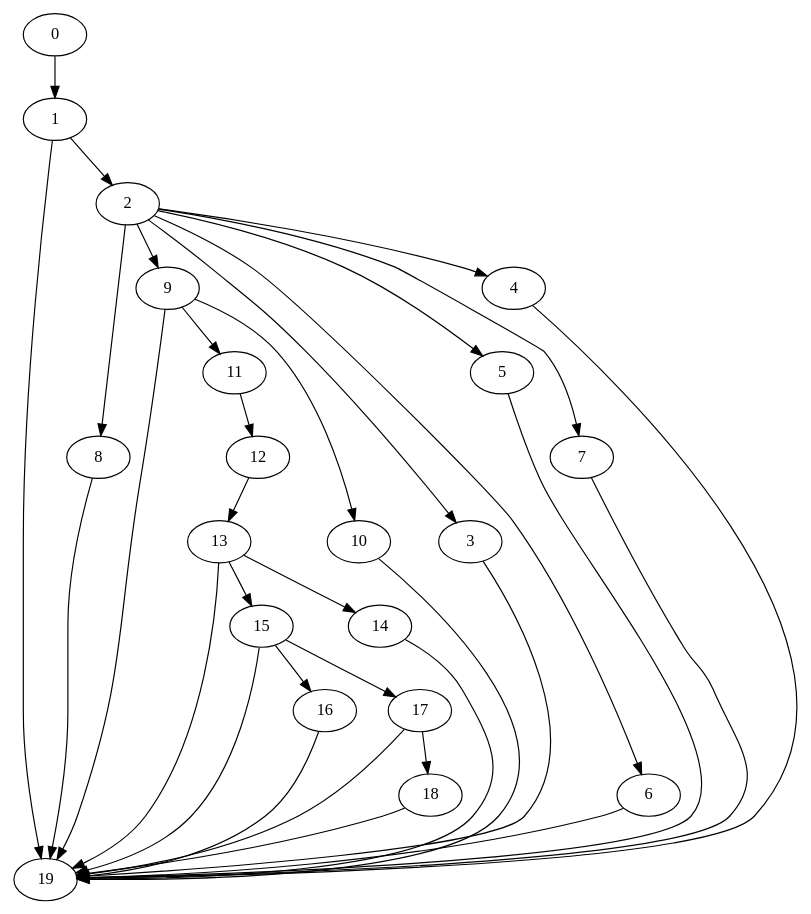
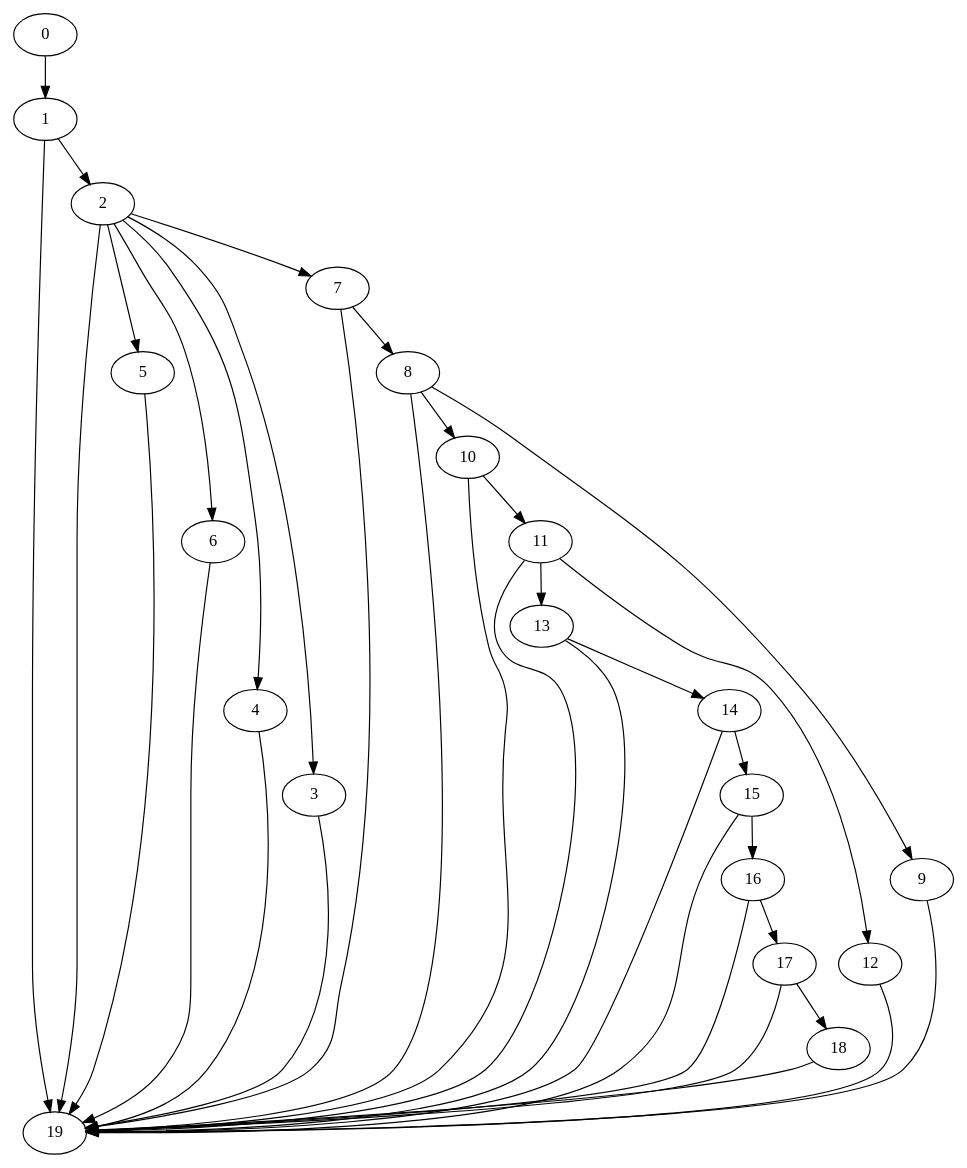
The diagram in simulator/nwsim/draw.dot (hfscheid/ktopology), drawn with Graphviz before and after one commit. The commit also changed 24 other files, not shown here.

```diff
--- a/simulator/nwsim/draw.dot
+++ b/simulator/nwsim/draw.dot
@@ -1,110 +1,116 @@
 strict digraph {
 
 
-	"8" [  weight=0 ];
+	"19" [  weight=0 ];
 
-	"8" -> "19" [  weight=0 ];
+	"5" [  weight=0 ];
 
-	"9" [  weight=0 ];
+	"5" -> "19" [  weight=0 ];
 
-	"9" -> "11" [  weight=0 ];
+	"6" [  weight=0 ];
 
-	"9" -> "19" [  weight=0 ];
+	"6" -> "19" [  weight=0 ];
 
-	"9" -> "10" [  weight=0 ];
+	"4" [  weight=0 ];
 
-	"16" [  weight=0 ];
+	"4" -> "19" [  weight=0 ];
 
-	"16" -> "19" [  weight=0 ];
+	"14" [  weight=0 ];
 
-	"1" [  weight=0 ];
+	"14" -> "15" [  weight=0 ];
 
-	"1" -> "2" [  weight=0 ];
-
-	"1" -> "19" [  weight=0 ];
+	"14" -> "19" [  weight=0 ];
 
 	"3" [  weight=0 ];
 
 	"3" -> "19" [  weight=0 ];
 
-	"6" [  weight=0 ];
+	"16" [  weight=0 ];
 
-	"6" -> "19" [  weight=0 ];
+	"16" -> "17" [  weight=0 ];
 
-	"0" [  weight=0 ];
-
-	"0" -> "1" [  weight=0 ];
-
-	"5" [  weight=0 ];
-
-	"5" -> "19" [  weight=0 ];
-
-	"15" [  weight=0 ];
-
-	"15" -> "17" [  weight=0 ];
-
-	"15" -> "19" [  weight=0 ];
-
-	"15" -> "16" [  weight=0 ];
-
-	"7" [  weight=0 ];
-
-	"7" -> "19" [  weight=0 ];
+	"16" -> "19" [  weight=0 ];
 
 	"17" [  weight=0 ];
 
+	"17" -> "19" [  weight=0 ];
+
 	"17" -> "18" [  weight=0 ];
 
-	"17" -> "19" [  weight=0 ];
+	"11" [  weight=0 ];
+
+	"11" -> "13" [  weight=0 ];
+
+	"11" -> "19" [  weight=0 ];
+
+	"11" -> "12" [  weight=0 ];
+
+	"13" [  weight=0 ];
+
+	"13" -> "19" [  weight=0 ];
+
+	"13" -> "14" [  weight=0 ];
 
 	"10" [  weight=0 ];
+
+	"10" -> "11" [  weight=0 ];
 
 	"10" -> "19" [  weight=0 ];
 
 	"2" [  weight=0 ];
 
 	"2" -> "5" [  weight=0 ];
 
 	"2" -> "6" [  weight=0 ];
 
 	"2" -> "7" [  weight=0 ];
 
-	"2" -> "8" [  weight=0 ];
-
-	"2" -> "9" [  weight=0 ];
+	"2" -> "19" [  weight=0 ];
 
 	"2" -> "3" [  weight=0 ];
 
 	"2" -> "4" [  weight=0 ];
 
-	"4" [  weight=0 ];
-
-	"4" -> "19" [  weight=0 ];
-
-	"13" [  weight=0 ];
-
-	"13" -> "15" [  weight=0 ];
-
-	"13" -> "19" [  weight=0 ];
-
-	"13" -> "14" [  weight=0 ];
-
-	"12" [  weight=0 ];
-
-	"12" -> "13" [  weight=0 ];
-
-	"14" [  weight=0 ];
-
-	"14" -> "19" [  weight=0 ];
-
-	"11" [  weight=0 ];
-
-	"11" -> "12" [  weight=0 ];
-
-	"19" [  weight=0 ];
-
 	"18" [  weight=0 ];
 
 	"18" -> "19" [  weight=0 ];
 
+	"0" [  weight=0 ];
+
+	"0" -> "1" [  weight=0 ];
+
+	"1" [  weight=0 ];
+
+	"1" -> "19" [  weight=0 ];
+
+	"1" -> "2" [  weight=0 ];
+
+	"9" [  weight=0 ];
+
+	"9" -> "19" [  weight=0 ];
+
+	"12" [  weight=0 ];
+
+	"12" -> "19" [  weight=0 ];
+
+	"15" [  weight=0 ];
+
+	"15" -> "19" [  weight=0 ];
+
+	"15" -> "16" [  weight=0 ];
+
+	"8" [  weight=0 ];
+
+	"8" -> "9" [  weight=0 ];
+
+	"8" -> "10" [  weight=0 ];
+
+	"8" -> "19" [  weight=0 ];
+
+	"7" [  weight=0 ];
+
+	"7" -> "8" [  weight=0 ];
+
+	"7" -> "19" [  weight=0 ];
+
 }
```
